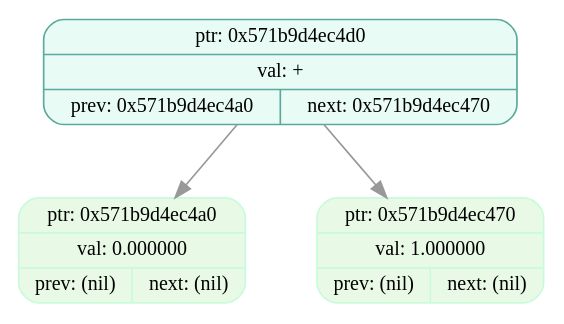
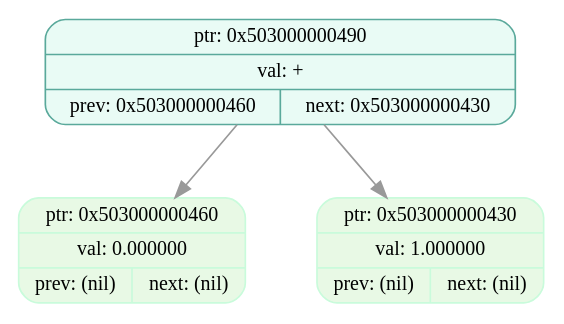
The diagram in dumps/tree_dump_004.dot (EvilTomato9890/Difference), drawn with Graphviz before and after one commit. The commit also changed 53 other files, not shown here.

```diff
--- a/dumps/tree_dump_004.dot
+++ b/dumps/tree_dump_004.dot
@@ -1,9 +1,9 @@
 digraph T{
   node [fontname="Fira Mono",shape=record,style="filled,rounded",fontsize=12];
   graph [splines=true, nodesep=0.6, ranksep=0.6];
-  node_0x571b9d4ec4d0[shape=record,label="{ {ptr: 0x571b9d4ec4d0} | {val: +} | { prev: 0x571b9d4ec4a0 | next: 0x571b9d4ec470 } }",color="#5aa99b",fillcolor="#e9fbf5"];
-  node_0x571b9d4ec4a0[shape=record,label="{ {ptr: 0x571b9d4ec4a0} | {val: 0.000000} | { prev: (nil) | next: (nil) } }",color="#c9fbdbff",fillcolor="#e8f9e5ff"];
-  node_0x571b9d4ec470[shape=record,label="{ {ptr: 0x571b9d4ec470} | {val: 1.000000} | { prev: (nil) | next: (nil) } }",color="#c9fbdbff",fillcolor="#e8f9e5ff"];
-  node_0x571b9d4ec4d0 -> node_0x571b9d4ec4a0 [color="#999999"];
-  node_0x571b9d4ec4d0 -> node_0x571b9d4ec470 [color="#999999"];
+  node_0x503000000490[shape=record,label="{ {ptr: 0x503000000490} | {val: +} | { prev: 0x503000000460 | next: 0x503000000430 } }",color="#5aa99b",fillcolor="#e9fbf5"];
+  node_0x503000000460[shape=record,label="{ {ptr: 0x503000000460} | {val: 0.000000} | { prev: (nil) | next: (nil) } }",color="#c9fbdbff",fillcolor="#e8f9e5ff"];
+  node_0x503000000430[shape=record,label="{ {ptr: 0x503000000430} | {val: 1.000000} | { prev: (nil) | next: (nil) } }",color="#c9fbdbff",fillcolor="#e8f9e5ff"];
+  node_0x503000000490 -> node_0x503000000460 [color="#999999"];
+  node_0x503000000490 -> node_0x503000000430 [color="#999999"];
 }
```
